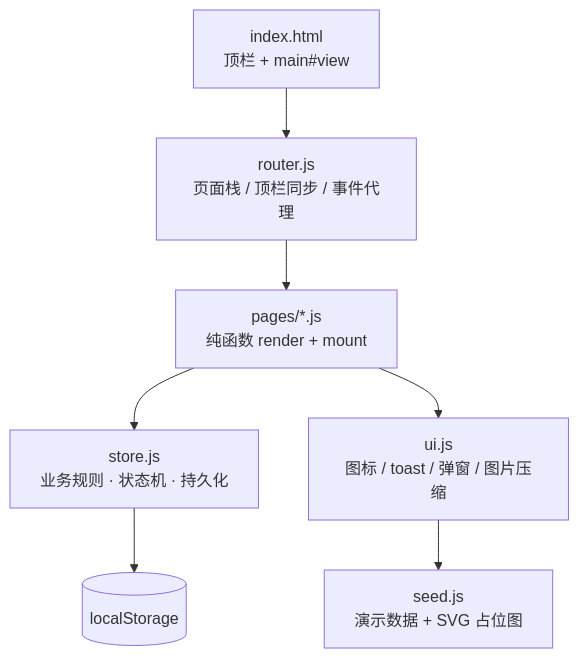
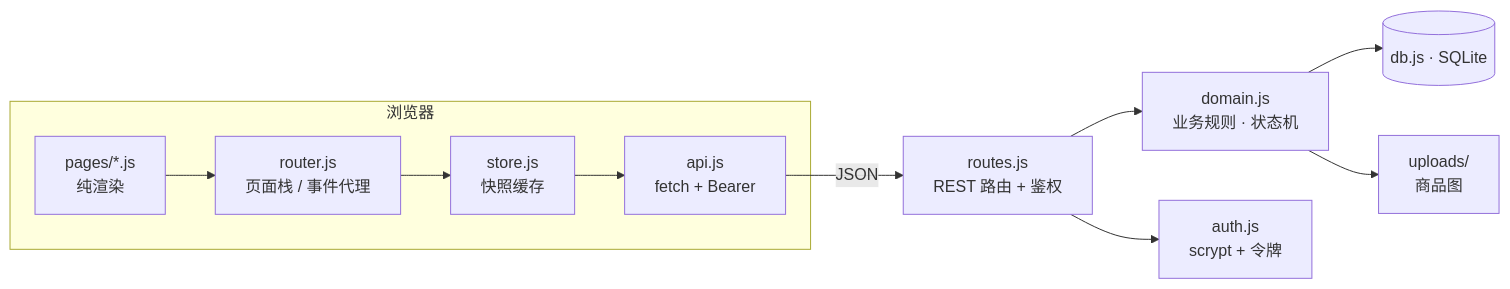
One commit to ydlo7/campus-flea-market changed the first of 3 diagrams in docs/ARCHITECTURE.md. Above: the diagram before and after it, drawn with Mermaid. The commit also changed other lines of this file and 11 other files, not shown here.

First line of the commit message:
docs: 全栈版 README / 架构 / PRD / 简历，替换截图

````diff
--- a/docs/ARCHITECTURE.md
+++ b/docs/ARCHITECTURE.md
@@ -7,9 +7,13 @@
 ```mermaid
-graph TD
-    A[index.html<br/>顶栏 + main#view] --> B[router.js<br/>页面栈 / 顶栏同步 / 事件代理]
-    B --> C[pages/*.js<br/>纯函数 render + mount]
-    C --> D[store.js<br/>业务规则 · 状态机 · 持久化]
-    D --> E[(localStorage)]
-    C --> F[ui.js<br/>图标 / toast / 弹窗 / 图片压缩]
-    F --> G[seed.js<br/>演示数据 + SVG 占位图]
+graph LR
+    subgraph 浏览器
+        A[pages/*.js<br/>纯渲染] --> B[router.js<br/>页面栈 / 事件代理]
+        B --> C[store.js<br/>快照缓存]
+        C --> D[api.js<br/>fetch + Bearer]
+    end
+    D -->|JSON| E[routes.js<br/>REST 路由 + 鉴权]
+    E --> F[domain.js<br/>业务规则 · 状态机]
+    F --> G[(db.js · SQLite)]
+    E --> H[auth.js<br/>scrypt + 令牌]
+    F --> I[uploads/<br/>商品图]
 ```
````
